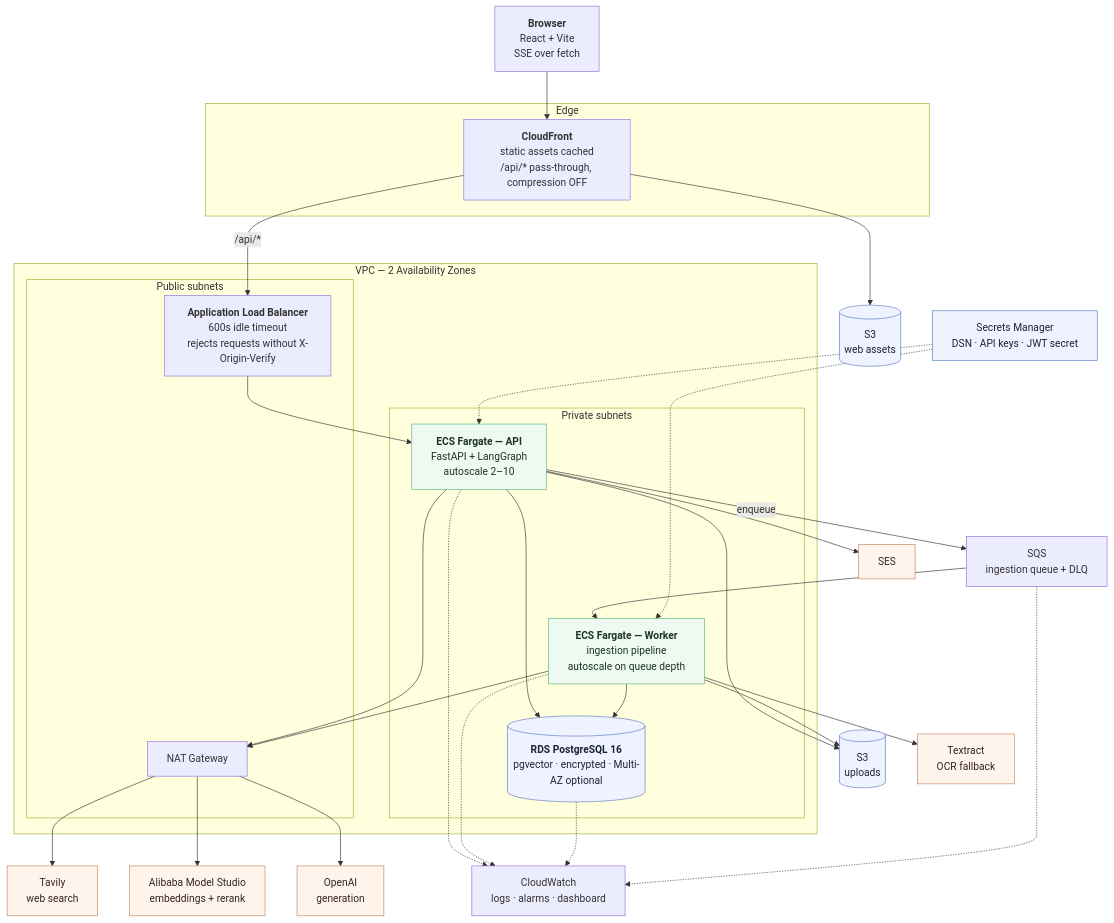
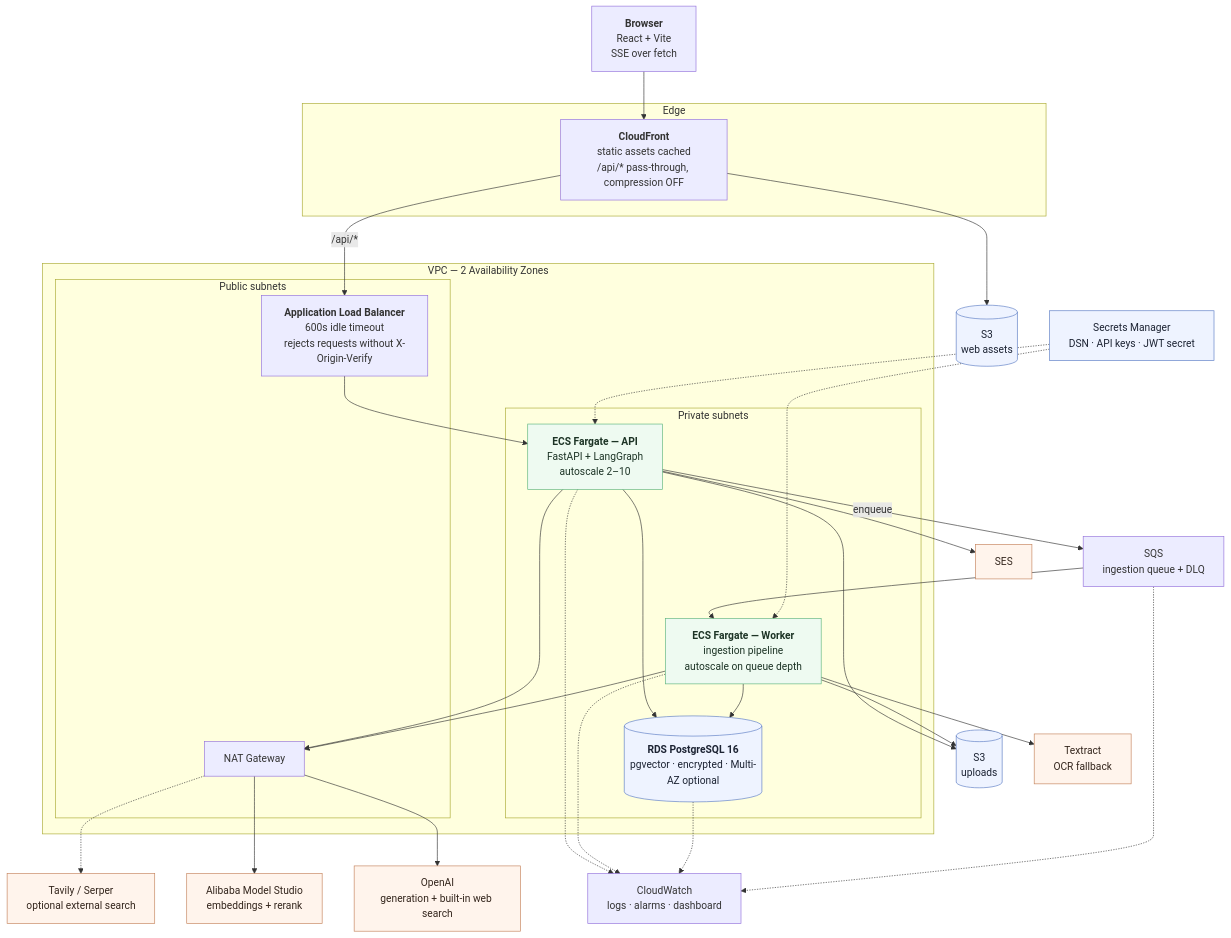
Before and after one commit to ahmedselimmansor-ctrl/Agentic-Rag-on-AWS: the first of 9 diagrams in README.md, drawn with Mermaid. The commit also changed other lines of this file and 11 other files, not shown here.

````diff
--- a/README.md
+++ b/README.md
@@ -40,67 +41,67 @@
 ```mermaid
 flowchart TB
     browser["<b>Browser</b><br/>React + Vite<br/>SSE over fetch"]
 
     subgraph edge["Edge"]
         cf["<b>CloudFront</b><br/>static assets cached<br/>/api/* pass-through, compression OFF"]
     end
 
     subgraph vpc["VPC — 2 Availability Zones"]
         subgraph pub["Public subnets"]
             alb["<b>Application Load Balancer</b><br/>600s idle timeout<br/>rejects requests without X-Origin-Verify"]
             nat["NAT Gateway"]
         end
 
         subgraph priv["Private subnets"]
             api["<b>ECS Fargate — API</b><br/>FastAPI + LangGraph<br/>autoscale 2–10"]
             worker["<b>ECS Fargate — Worker</b><br/>ingestion pipeline<br/>autoscale on queue depth"]
             db[("<b>RDS PostgreSQL 16</b><br/>pgvector · encrypted · Multi-AZ optional")]
         end
     end
 
     s3web[("S3<br/>web assets")]
     s3up[("S3<br/>uploads")]
     sqs["SQS<br/>ingestion queue + DLQ"]
     secrets["Secrets Manager<br/>DSN · API keys · JWT secret"]
     ses["SES"]
     textract["Textract<br/>OCR fallback"]
     cw["CloudWatch<br/>logs · alarms · dashboard"]
 
-    openai["OpenAI<br/>generation"]
+    openai["OpenAI<br/>generation + built-in web search"]
     dashscope["Alibaba Model Studio<br/>embeddings + rerank"]
-    tavily["Tavily<br/>web search"]
+    tavily["Tavily / Serper<br/>optional external search"]
 
     browser --> cf
     cf --> s3web
     cf -- "/api/*" --> alb
     alb --> api
 
     api --> db
     api -- "enqueue" --> sqs
     api --> s3up
     api --> ses
     sqs --> worker
     worker --> db
     worker --> s3up
     worker --> textract
 
     api --> nat
     worker --> nat
     nat --> openai
     nat --> dashscope
-    nat --> tavily
+    nat -.-> tavily
 
     secrets -.-> api
     secrets -.-> worker
     api -.-> cw
     worker -.-> cw
     db -.-> cw
     sqs -.-> cw
 
     classDef store fill:#eef3ff,stroke:#5b7cc4,color:#1c2333
     classDef ext fill:#fff4ec,stroke:#c4825b,color:#33251c
     classDef compute fill:#eefaf1,stroke:#5bb37c,color:#1c3325
     class s3web,s3up,db,secrets store
     class openai,dashscope,tavily,ses,textract ext
     class api,worker compute
 ```
````
